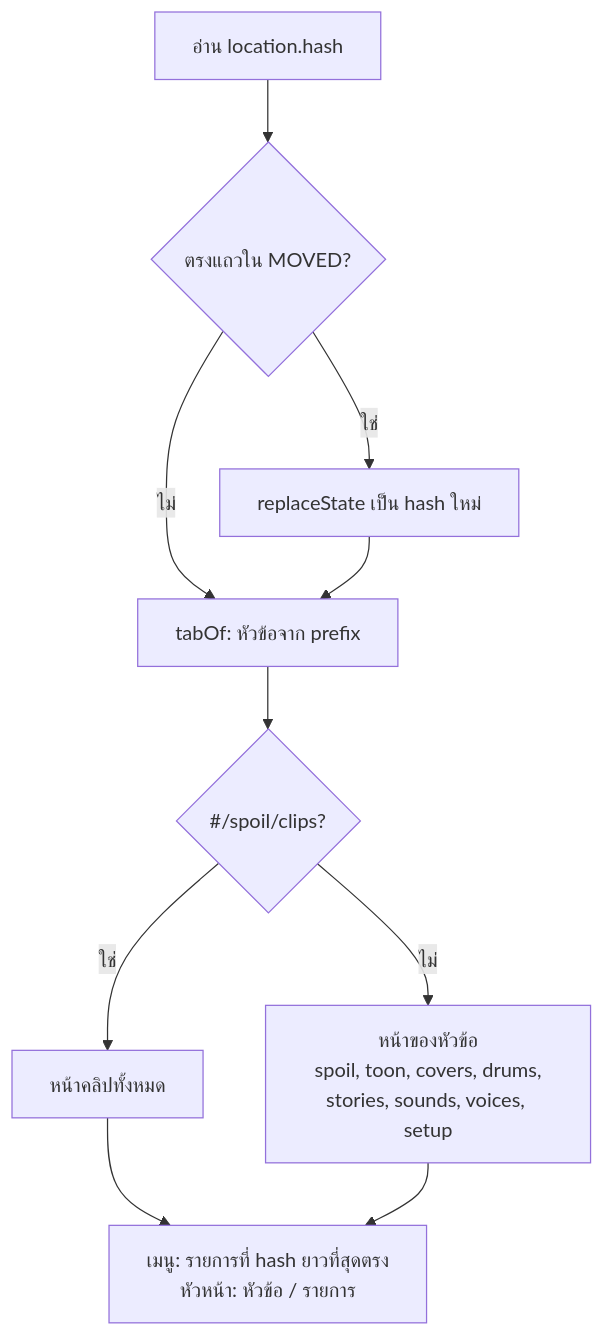
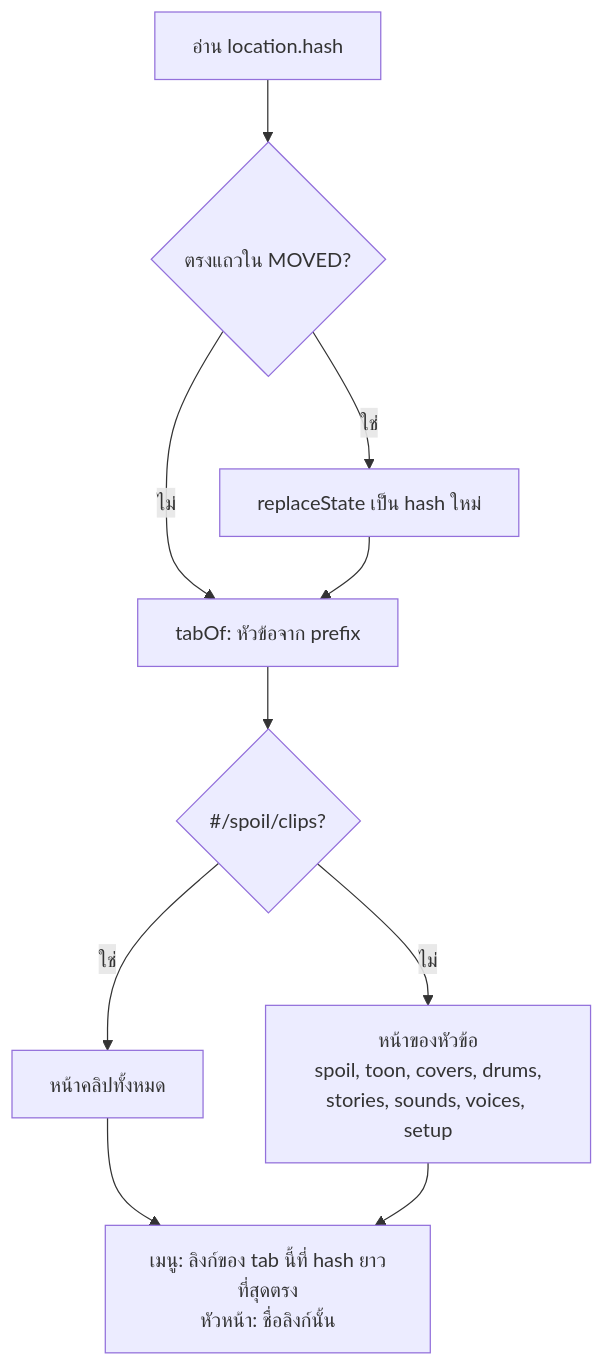
The first of 3 diagrams in docs/features/nav-ia/flow.md (mousemouse094526/framecraft), drawn with Mermaid before and after one commit. The commit also changed other lines of this file and 32 other files, not shown here.

````diff
--- a/docs/features/nav-ia/flow.md
+++ b/docs/features/nav-ia/flow.md
@@ -7,12 +7,12 @@
 ```mermaid
 flowchart TD
     read["อ่าน location.hash"] --> moved{"ตรงแถวใน MOVED?"}
     moved -- ใช่ --> replace["replaceState เป็น hash ใหม่"]
     moved -- ไม่ --> tab
     replace --> tab["tabOf: หัวข้อจาก prefix"]
     tab --> clips{"#/spoil/clips?"}
     clips -- ใช่ --> clipsPage["หน้าคลิปทั้งหมด"]
     clips -- ไม่ --> page["หน้าของหัวข้อ<br/>spoil, toon, covers, drums,<br/>stories, sounds, voices, setup"]
-    clipsPage --> menu["เมนู: รายการที่ hash ยาวที่สุดตรง<br/>หัวหน้า: หัวข้อ / รายการ"]
+    clipsPage --> menu["เมนู: ลิงก์ของ tab นี้ที่ hash ยาวที่สุดตรง<br/>หัวหน้า: ชื่อลิงก์นั้น"]
     page --> menu
 ```
````
